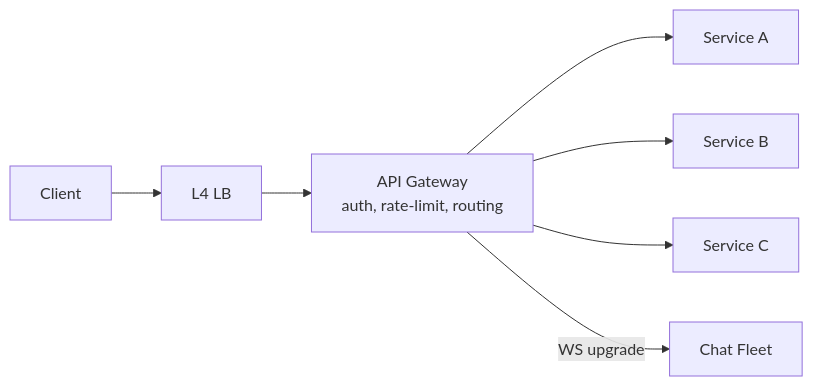
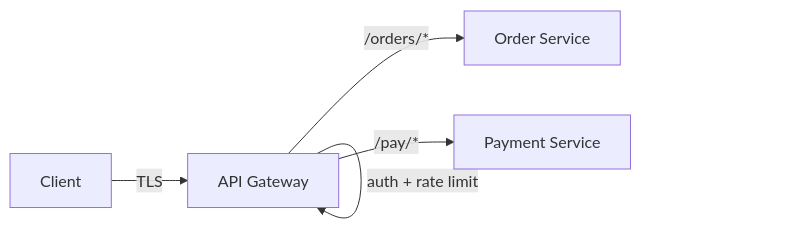
One commit to rakshitagarwal/champ-dsa changed the diagram in content/system-design/api-gateway.md. Above: the diagram before and after it, drawn with Mermaid. The commit also changed other lines of this file and 100 other files, not shown here.

````diff
--- a/content/system-design/api-gateway.md
+++ b/content/system-design/api-gateway.md
@@ -24,9 +15,7 @@
 ```mermaid
 graph LR
-    A[Client] --> B[L4 LB]
-    B --> C[API Gateway<br/>auth, rate-limit, routing]
-    C --> D[Service A]
-    C --> E[Service B]
-    C --> F[Service C]
-    C -->|WS upgrade| G[Chat Fleet]
+    A[Client] -->|TLS| B[API Gateway]
+    B -->|auth + rate limit| B
+    B -->|/orders/*| C[Order Service]
+    B -->|/pay/*| D[Payment Service]
 ```
````
